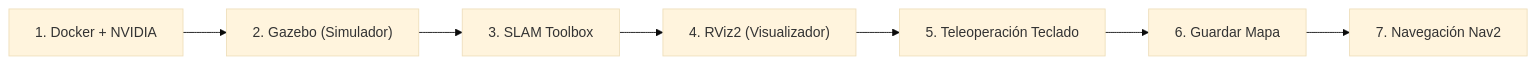
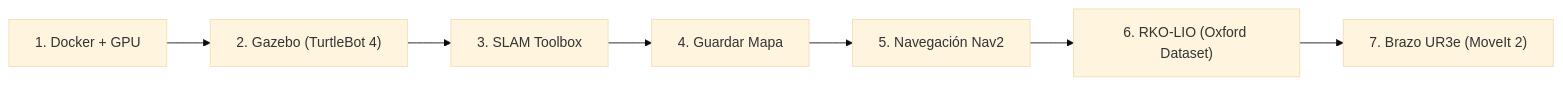
Before and after one commit to santvz6/RI-Practica-1: the diagram in GUIA_EJECUCION.md, drawn with Mermaid (base theme). The commit also changed other lines of this file and 4 other files, not shown here.

````diff
--- a/GUIA_EJECUCION.md
+++ b/GUIA_EJECUCION.md
@@ -9,9 +9,9 @@
 ```mermaid
 flowchart LR
-    A["1. Docker + NVIDIA"] --> B["2. Gazebo (Simulador)"]
+    A["1. Docker + GPU"] --> B["2. Gazebo (TurtleBot 4)"]
     B --> C["3. SLAM Toolbox"]
-    C --> D["4. RViz2 (Visualizador)"]
-    D --> E["5. Teleoperación Teclado"]
-    E --> F["6. Guardar Mapa"]
-    F --> G["7. Navegación Nav2"]
+    C --> D["4. Guardar Mapa"]
+    D --> E["5. Navegación Nav2"]
+    E --> F["6. RKO-LIO (Oxford Dataset)"]
+    F --> G["7. Brazo UR3e (MoveIt 2)"]
 ```
````
